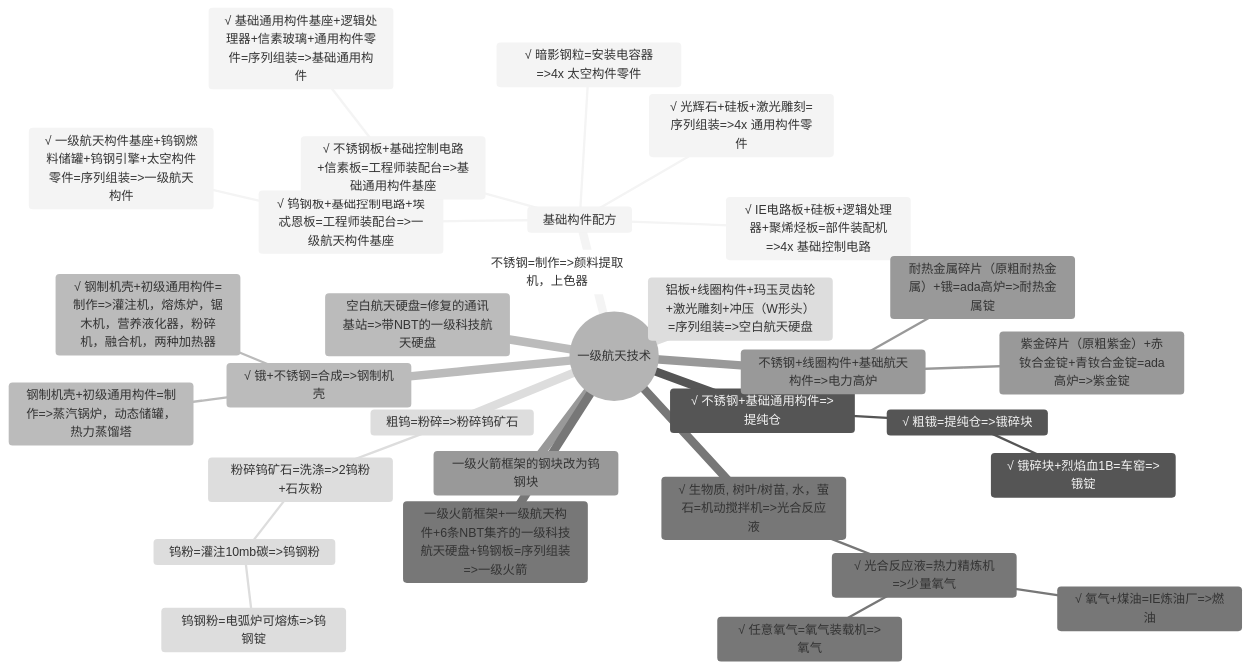
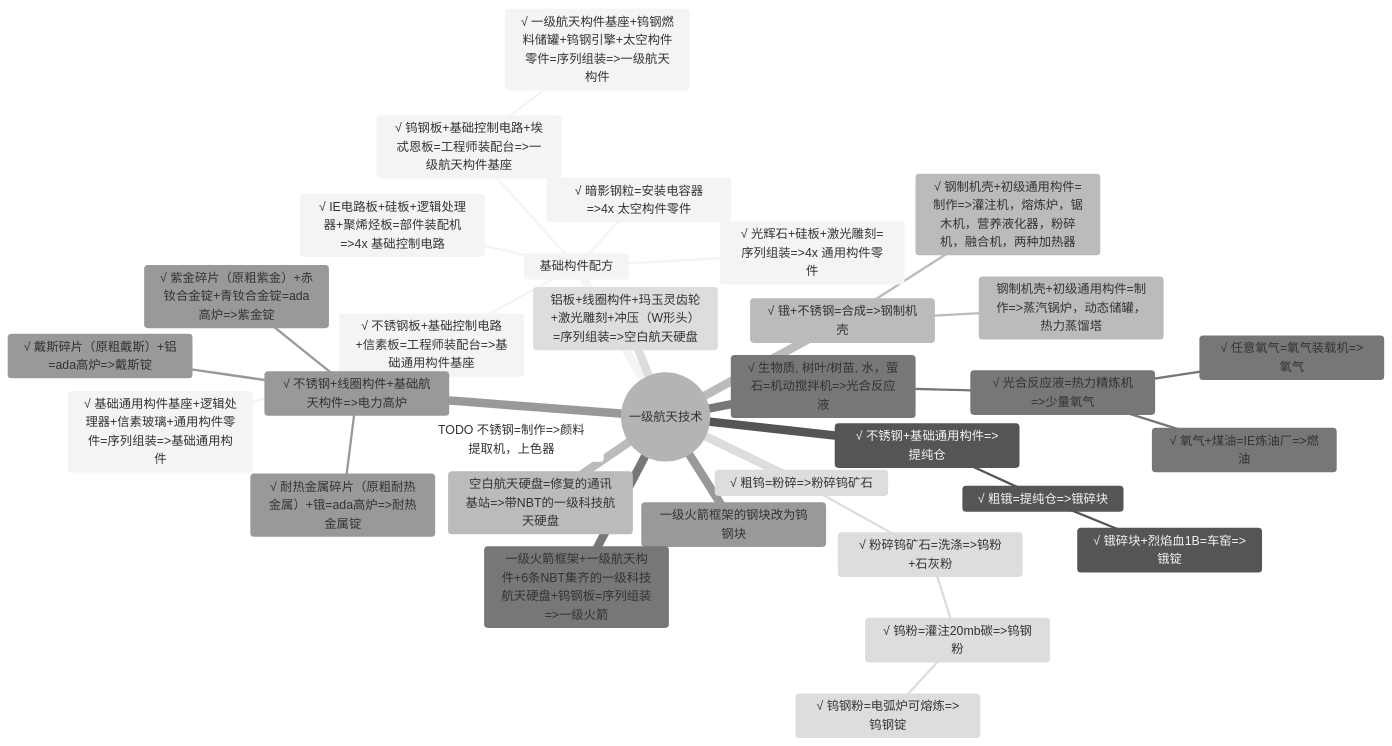
One commit to VechniMetel/CodeNameCIM2 changed the first of 4 diagrams in Developer/TechTreeMap.md. Above: the diagram before and after it, drawn with Mermaid (neutral theme). The commit also changed other lines of this file and 5 other files, not shown here.

````diff
--- a/Developer/TechTreeMap.md
+++ b/Developer/TechTreeMap.md
@@ -2,34 +2,35 @@
 ``` mermaid
 mindmap
     root((一级航天技术))
         基础构件配方
             √ IE电路板+硅板+逻辑处理器+聚烯烃板=部件装配机=>4x 基础控制电路
             √ 光辉石+硅板+激光雕刻=序列组装=>4x 通用构件零件
             √ 暗影钢粒=安装电容器=>4x 太空构件零件
             √ 钨钢板+基础控制电路+埃忒恩板=工程师装配台=>一级航天构件基座
                 √ 一级航天构件基座+钨钢燃料储罐+钨钢引擎+太空构件零件=序列组装=>一级航天构件
             √ 不锈钢板+基础控制电路+信素板=工程师装配台=>基础通用构件基座
                 √ 基础通用构件基座+逻辑处理器+信素玻璃+通用构件零件=序列组装=>基础通用构件
         √ 不锈钢+基础通用构件=>提纯仓
             √ 粗锇=提纯仓=>锇碎块
                 √ 锇碎块+烈焰血1B=车窑=>锇锭
         √ 锇+不锈钢=合成=>钢制机壳
             √ 钢制机壳+初级通用构件=制作=>灌注机，熔炼炉，锯木机，营养液化器，粉碎机，融合机，两种加热器
             钢制机壳+初级通用构件=制作=>蒸汽锅炉，动态储罐，热力蒸馏塔
         √ 生物质, 树叶/树苗, 水，萤石=机动搅拌机=>光合反应液
             √ 光合反应液=热力精炼机=>少量氧气
                 √ 氧气+煤油=IE炼油厂=>燃油
                 √ 任意氧气=氧气装载机=>氧气
-        不锈钢+线圈构件+基础航天构件=>电力高炉
-            紫金碎片（原粗紫金）+赤钕合金锭+青钕合金锭=ada高炉=>紫金锭
-            耐热金属碎片（原粗耐热金属）+锇=ada高炉=>耐热金属锭
-        粗钨=粉碎=>粉碎钨矿石
-            粉碎钨矿石=洗涤=>2钨粉+石灰粉
-                钨粉=灌注10mb碳=>钨钢粉
-                    钨钢粉=电弧炉可熔炼=>钨钢锭
-        不锈钢=制作=>颜料提取机，上色器
+        √ 不锈钢+线圈构件+基础航天构件=>电力高炉
+            √ 紫金碎片（原粗紫金）+赤钕合金锭+青钕合金锭=ada高炉=>紫金锭
+            √ 耐热金属碎片（原粗耐热金属）+锇=ada高炉=>耐热金属锭
+            √ 戴斯碎片（原粗戴斯）+铝=ada高炉=>戴斯锭
+        √ 粗钨=粉碎=>粉碎钨矿石
+            √ 粉碎钨矿石=洗涤=>钨粉+石灰粉
+                √ 钨粉=灌注20mb碳=>钨钢粉
+                    √ 钨钢粉=电弧炉可熔炼=>钨钢锭
+        TODO 不锈钢=制作=>颜料提取机，上色器
         铝板+线圈构件+玛玉灵齿轮+激光雕刻+冲压（W形头）=序列组装=>空白航天硬盘
         空白航天硬盘=修复的通讯基站=>带NBT的一级科技航天硬盘
         一级火箭框架的钢块改为钨钢块
         一级火箭框架+一级航天构件+6条NBT集齐的一级科技航天硬盘+钨钢板=序列组装=>一级火箭
 ```
````
